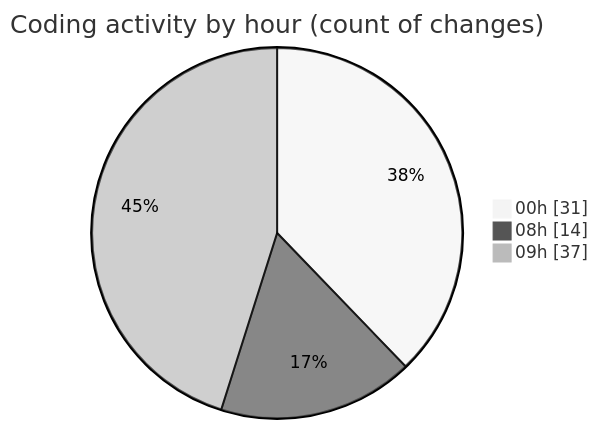
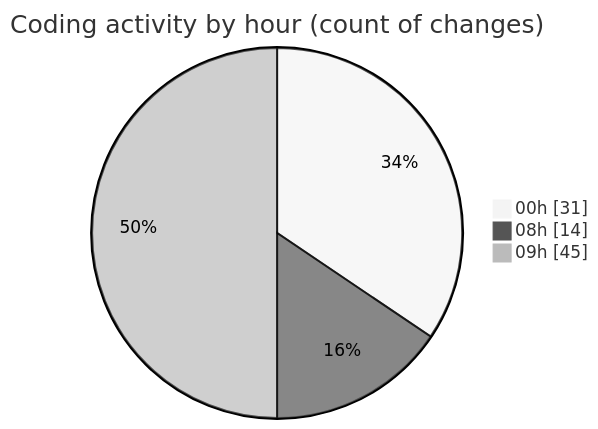
Before and after one commit to lephambinh05/code-tracking: the second of 2 diagrams in 2025-08-03/studybuddy/README.md, drawn with Mermaid (neutral theme). The commit also changed other lines of this file and 1 other file, not shown here.

````diff
--- a/2025-08-03/studybuddy/README.md
+++ b/2025-08-03/studybuddy/README.md
@@ -62,7 +62,7 @@
 ```mermaid
 pie showData
 title Coding activity by hour (count of changes)
 "00h" : 31
 "08h" : 14
-"09h" : 37
+"09h" : 45
 ```
````
